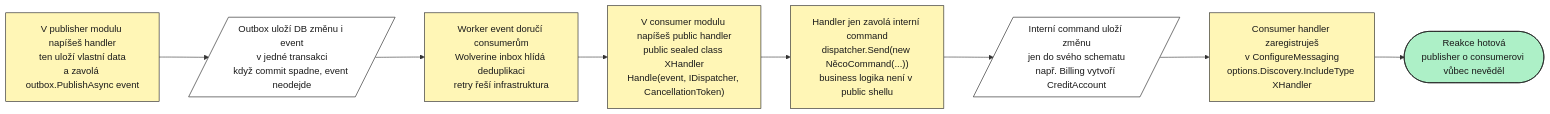
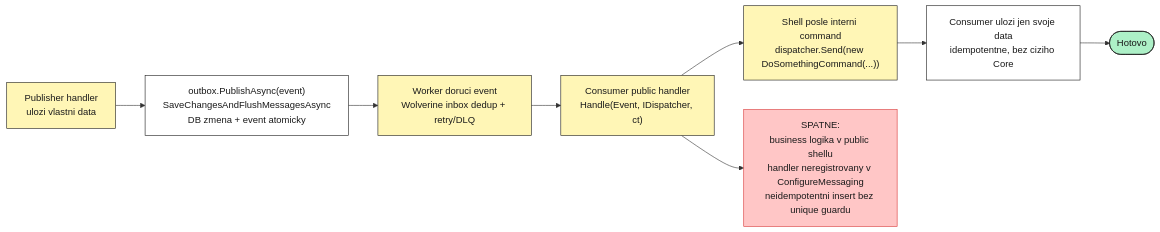
Before and after one commit to SolutionBox-corp/ModularPlatform: the third of 7 diagrams in CRM_MODULE_ARCHITECTURE.md, drawn with Mermaid. The commit also changed other lines of this file, not shown here.

Commit message:
docs: generalize module architecture guide

````diff
--- a/CRM_MODULE_ARCHITECTURE.md
+++ b/CRM_MODULE_ARCHITECTURE.md
@@ -335,19 +265,19 @@
 ```mermaid
 flowchart LR
     classDef proc fill:#fff6b6,stroke:#1a1a1a,color:#1a1a1a
-    classDef dec fill:#c6dcff,stroke:#1a1a1a,color:#1a1a1a
+    classDef data fill:#ffffff,stroke:#1a1a1a,color:#1a1a1a
     classDef term fill:#adf0c7,stroke:#1a1a1a,color:#1a1a1a
-    classDef data fill:#ffffff,stroke:#1a1a1a,color:#1a1a1a
     classDef err fill:#ffc6c6,stroke:#d93636,color:#1a1a1a
 
-    PUBLISHER["V publisher modulu napíšeš handler<br/>ten uloží vlastní data<br/>a zavolá outbox.PublishAsync event"]:::proc
-    EVENT[/"Outbox uloží DB změnu i event<br/>v jedné transakci<br/>když commit spadne, event neodejde"/]:::data
-    WORKER["Worker event doručí consumerům<br/>Wolverine inbox hlídá deduplikaci<br/>retry řeší infrastruktura"]:::proc
-    SHELL["V consumer modulu napíšeš public handler<br/>public sealed class XHandler<br/>Handle(event, IDispatcher, CancellationToken)"]:::proc
-    COMMAND["Handler jen zavolá interní command<br/>dispatcher.Send(new NěcoCommand(...))<br/>business logika není v public shellu"]:::proc
-    SAVE[/"Interní command uloží změnu<br/>jen do svého schematu<br/>např. Billing vytvoří CreditAccount"/]:::data
-    REGISTER["Consumer handler zaregistruješ<br/>v ConfigureMessaging<br/>options.Discovery.IncludeType XHandler"]:::proc
-    DONE(["Reakce hotová<br/>publisher o consumerovi vůbec nevěděl"]):::term
+    WRITE["Publisher handler<br/>ulozi vlastni data"]:::proc
+    OUTBOX["outbox.PublishAsync(event)<br/>SaveChangesAndFlushMessagesAsync<br/>DB zmena + event atomicky"]:::data
+    WORKER["Worker doruci event<br/>Wolverine inbox dedup + retry/DLQ"]:::proc
+    SHELL["Consumer public handler<br/>Handle(Event, IDispatcher, ct)"]:::proc
+    INTERNAL["Shell posle interni command<br/>dispatcher.Send(new DoSomethingCommand(...))"]:::proc
+    SAVE["Consumer ulozi jen svoje data<br/>idempotentne, bez ciziho Core"]:::data
+    DONE(["Hotovo"]):::term
+    BAD["SPATNE:<br/>business logika v public shellu<br/>handler neregistrovany v ConfigureMessaging<br/>neidempotentni insert bez unique guardu"]:::err
 
-    PUBLISHER --> EVENT --> WORKER --> SHELL --> COMMAND --> SAVE --> REGISTER --> DONE
+    WRITE --> OUTBOX --> WORKER --> SHELL --> INTERNAL --> SAVE --> DONE
+    SHELL --> BAD
 ```
````
